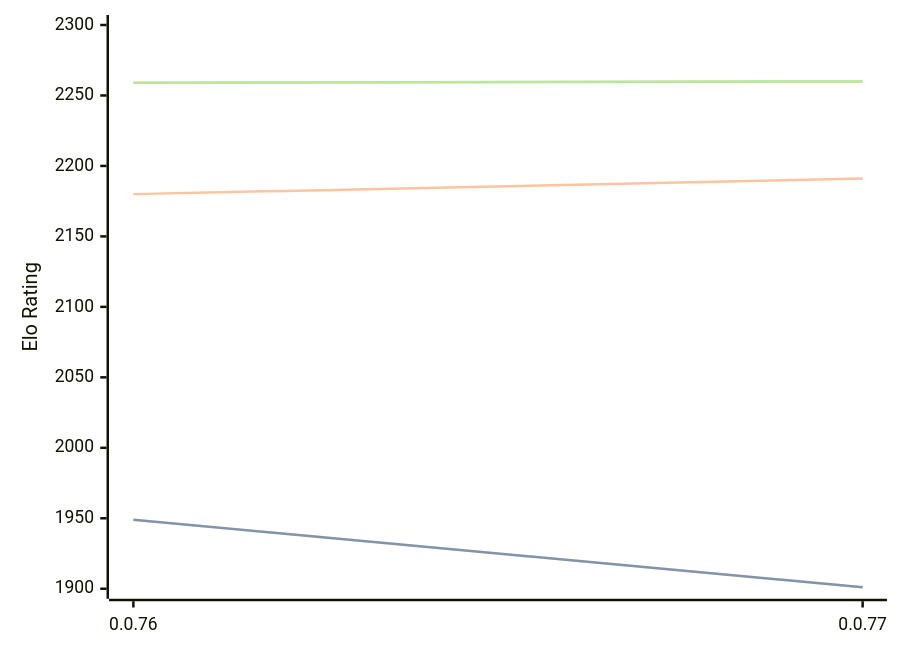
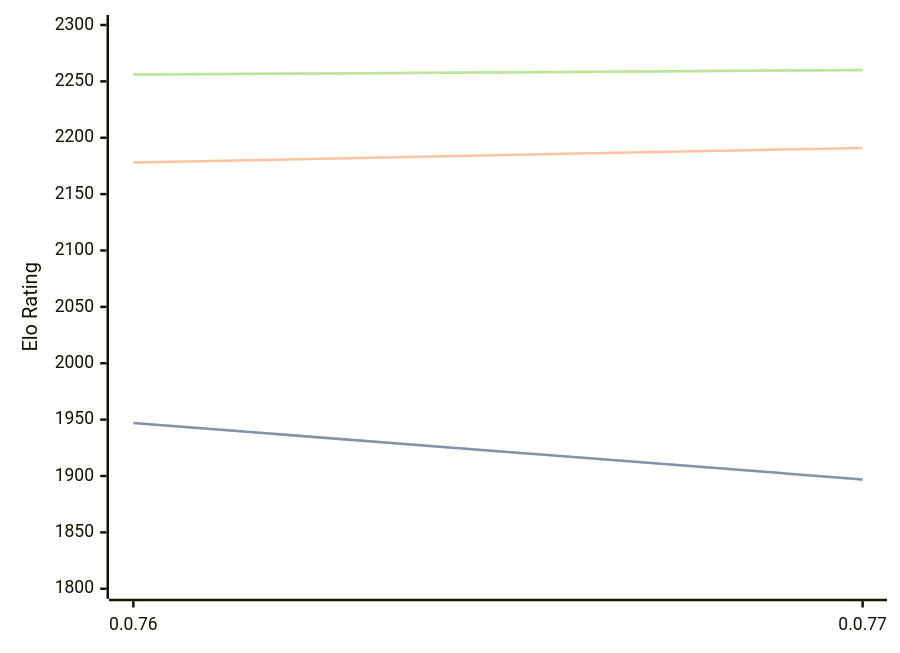
Before and after one commit to computer-chess-index/cci: the diagram in engines/Fktb.md, drawn with Mermaid. The commit also changed other lines of this file, not shown here.

Commit message:
Update CCI Ratings (ELO VLTC) - 2026-03-11

````diff
--- a/engines/Fktb.md
+++ b/engines/Fktb.md
@@ -30,11 +30,11 @@
 ```mermaid
 %%{init: {"theme":"base","themeVariables":{"seriesColors:['#a3a3a3','#222221','#faa371']}}}%%
 xychart-beta
   x-axis ["0.0.76", "0.0.77"]
-  y-axis "Elo Rating" 1900 --> 2300
-  line "STC (8.0+0.08s)" [1949, 1901]
-  line "STC (8.0+0.08s)" [1949, 1901]
-  line "LTC (60.0+0.60s)" [2180, 2191]
-  line "VLTC (2m24s+1.12s)" [2259, 2260]
-  line "VLTC (2m24s+1.12s)" [2259, 2260]
+  y-axis "Elo Rating" 1800 --> 2300
+  line "STC (8.0+0.08s)" [1947, 1897]
+  line "STC (8.0+0.08s)" [1947, 1897]
+  line "LTC (60.0+0.60s)" [2178, 2191]
+  line "VLTC (2m24s+1.12s)" [2256, 2260]
+  line "VLTC (2m24s+1.12s)" [2256, 2260]
 ```
````
